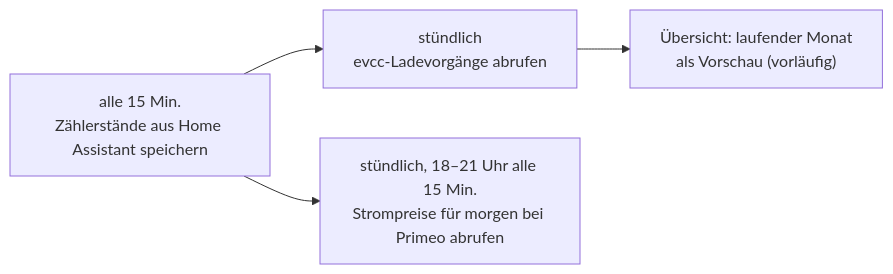
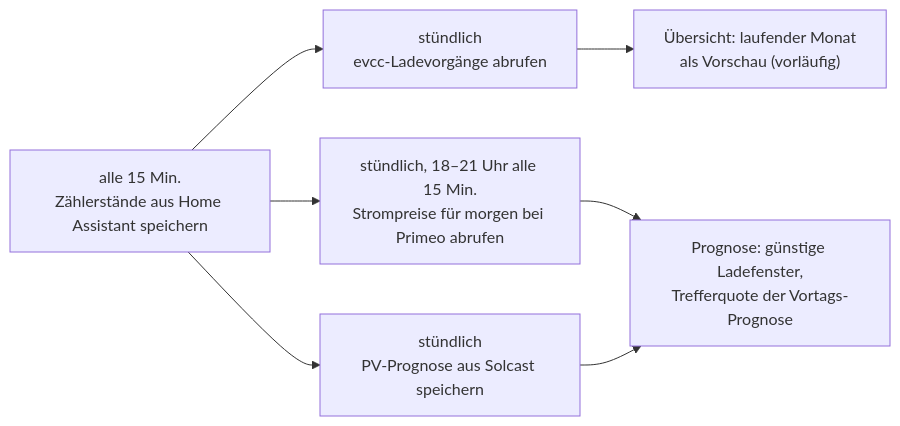
Before and after one commit to khu1985/vzev-ha: the diagram in docs/prozess-laufend.mmd, drawn with Mermaid. The commit also changed 16 other files, not shown here.

Commit message:
0.8.0: PV-Prognose aus Solcast mit Ladefenstern und Trefferquote

```diff
--- a/docs/prozess-laufend.mmd
+++ b/docs/prozess-laufend.mmd
@@ -1,4 +1,6 @@
 flowchart LR
     A["alle 15 Min.<br/>Zählerstände aus Home Assistant speichern"] --> B["stündlich<br/>evcc-Ladevorgänge abrufen"]
     B --> C["Übersicht: laufender Monat<br/>als Vorschau (vorläufig)"]
     A --> D["stündlich, 18–21 Uhr alle 15 Min.<br/>Strompreise für morgen bei Primeo abrufen"]
+    A --> P["stündlich<br/>PV-Prognose aus Solcast speichern"]
+    D & P --> L["Prognose: günstige Ladefenster,<br/>Trefferquote der Vortags-Prognose"]
```
